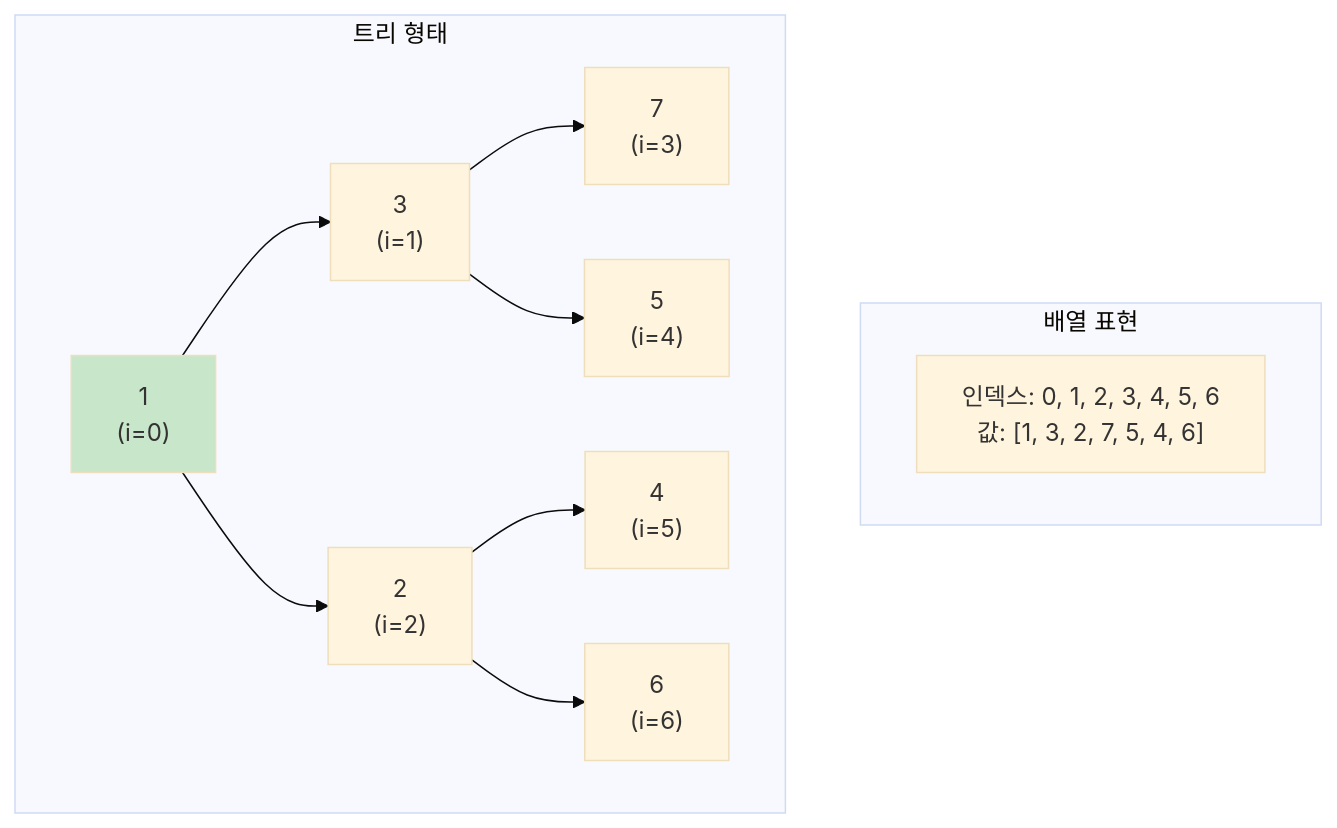
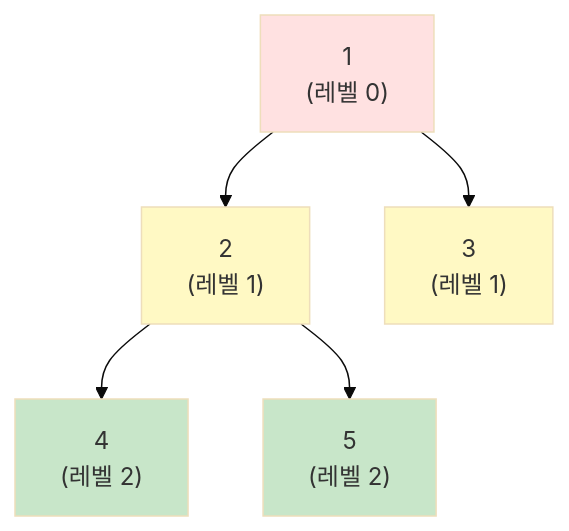
Before and after one commit to nugurejeil/weniVooks: the fifth of 5 diagrams in _md/essentials-codingtest/chapter03/03-5.md, drawn with Mermaid (base theme). The commit also changed other lines of this file and 2 other files, not shown here.

````diff
--- a/_md/essentials-codingtest/chapter03/03-5.md
+++ b/_md/essentials-codingtest/chapter03/03-5.md
@@ -93,17 +289,13 @@
 ```mermaid
-graph TB
-    subgraph "배열 표현"
-    A["인덱스: 0, 1, 2, 3, 4, 5, 6<br/>값: [1, 3, 2, 7, 5, 4, 6]"]
-    end
+graph TD
+    A["1<br/>(레벨 0)"] --> B["2<br/>(레벨 1)"]
+    A --> C["3<br/>(레벨 1)"]
+    B --> D["4<br/>(레벨 2)"]
+    B --> E["5<br/>(레벨 2)"]
 
-    subgraph "트리 형태"
-    B["1<br/>(i=0)"] --> C["3<br/>(i=1)"]
-    B --> D["2<br/>(i=2)"]
-    C --> E["7<br/>(i=3)"]
-    C --> F["5<br/>(i=4)"]
-    D --> G["4<br/>(i=5)"]
-    D --> H["6<br/>(i=6)"]
-    end
-
-    style B fill:#c8e6c9
+    style A fill:#ffe1e1
+    style B fill:#fff9c4
+    style C fill:#fff9c4
+    style D fill:#c8e6c9
+    style E fill:#c8e6c9
 ```
````
